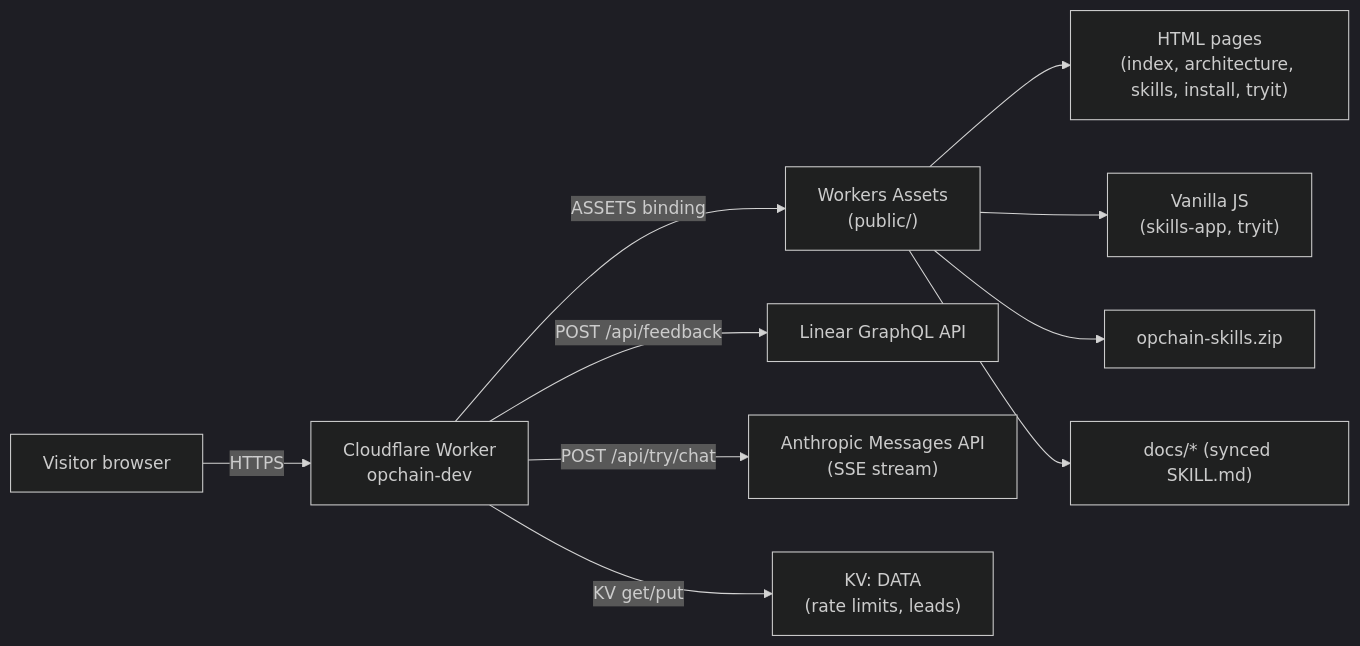
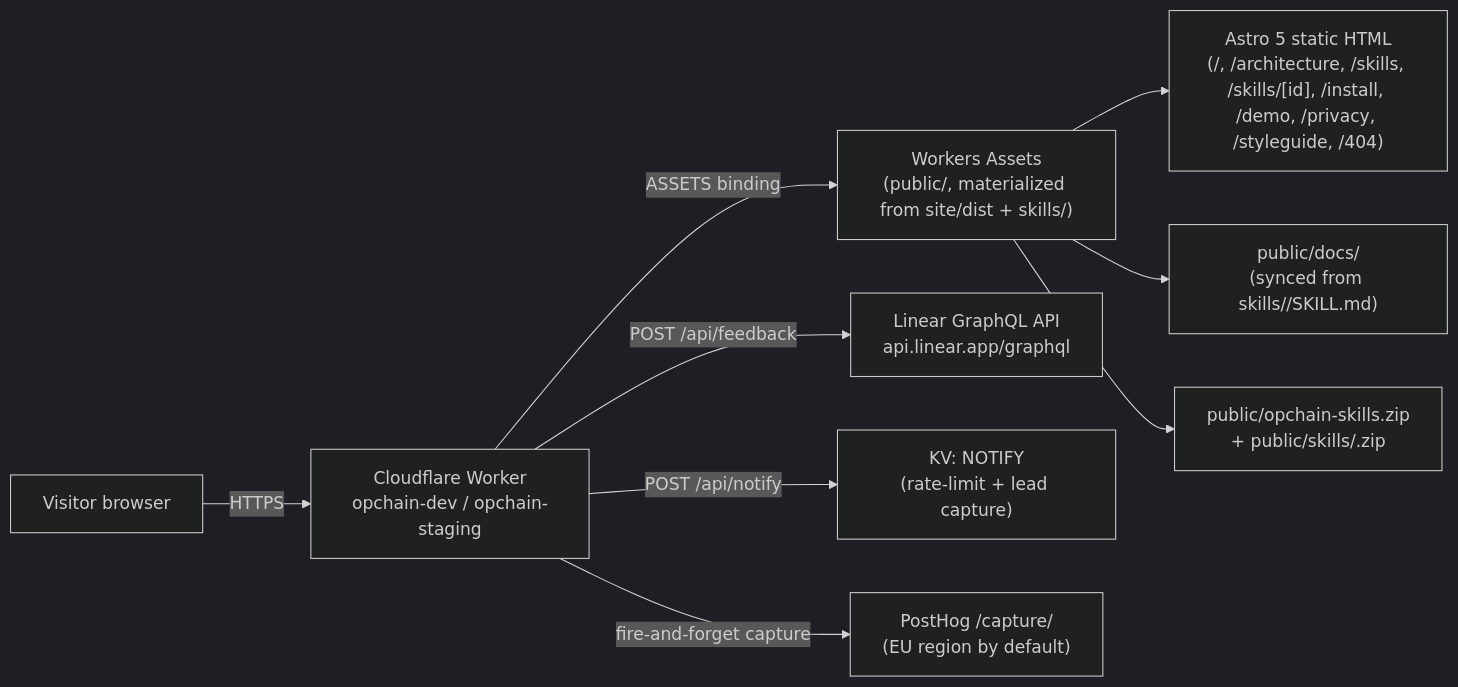
The first of 3 diagrams in reverse-spec-output/spec/02-architecture.md (asfbay-bit/opchain), drawn with Mermaid (dark theme) before and after one commit. The commit also changed other lines of this file and 9 other files, not shown here.

````diff
--- a/reverse-spec-output/spec/02-architecture.md
+++ b/reverse-spec-output/spec/02-architecture.md
@@ -14,12 +19,11 @@
 ```mermaid
 flowchart LR
-  Browser["Visitor browser"] -->|HTTPS| Worker["Cloudflare Worker\nopchain-dev"]
-  Worker -->|ASSETS binding| Public["Workers Assets\n(public/)"]
-  Worker -->|POST /api/feedback| Linear["Linear GraphQL API"]
-  Worker -->|POST /api/try/chat| Anthropic["Anthropic Messages API\n(SSE stream)"]
-  Worker -->|KV get/put| KV["KV: DATA\n(rate limits, leads)"]
-  Public --> HTML["HTML pages\n(index, architecture, skills, install, tryit)"]
-  Public --> JS["Vanilla JS\n(skills-app, tryit)"]
-  Public --> ZIP["opchain-skills.zip"]
-  Public --> Docs["docs/* (synced SKILL.md)"]
+  Browser["Visitor browser"] -->|HTTPS| Worker["Cloudflare Worker\nopchain-dev / opchain-staging"]
+  Worker -->|ASSETS binding| Public["Workers Assets\n(public/, materialized from site/dist + skills/)"]
+  Worker -->|POST /api/feedback| Linear["Linear GraphQL API\napi.linear.app/graphql"]
+  Worker -->|POST /api/notify| KV["KV: NOTIFY\n(rate-limit + lead capture)"]
+  Worker -->|fire-and-forget capture| PostHog["PostHog /capture/\n(EU region by default)"]
+  Public --> Astro["Astro 5 static HTML\n(/, /architecture, /skills, /skills/[id], /install, /demo, /privacy, /styleguide, /404)"]
+  Public --> Docs["public/docs/\n(synced from skills/<id>/SKILL.md)"]
+  Public --> ZIPs["public/opchain-skills.zip\n+ public/skills/<id>.zip"]
 ```
````
